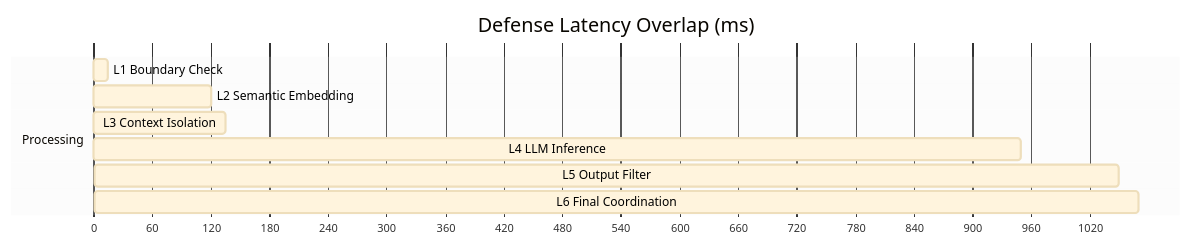
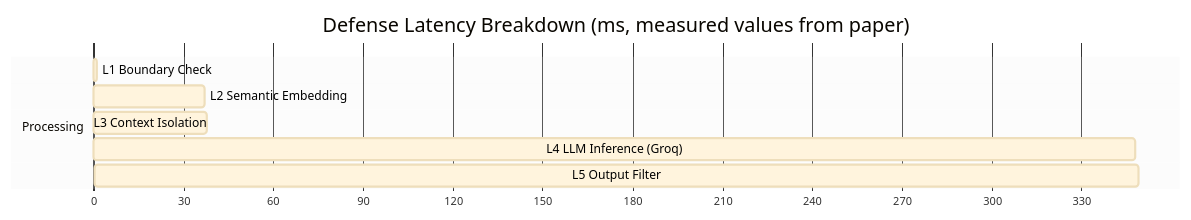
The diagram in DOCS/performance.md (ArindamTripathi619/prompt-injection-experiments), drawn with Mermaid before and after one commit. The commit also changed other lines of this file and 25 other files, not shown here.

````diff
--- a/DOCS/performance.md
+++ b/DOCS/performance.md
@@ -9,15 +9,14 @@
 ```mermaid
 %%{init: {'theme': 'base', 'themeVariables': { 'primaryTextColor': '#000', 'sectionBkgColor': '#eee' }}}%%
 gantt
-    title Defense Latency Overlap (ms)
+    title Defense Latency Breakdown (ms, measured values from paper)
     dateFormat  X
     axisFormat %s
     
     section Processing
-    L1 Boundary Check      :0, 15
-    L2 Semantic Embedding  :15, 120
-    L3 Context Isolation   :120, 135
-    L4 LLM Inference       :135, 950
-    L5 Output Filter       :950, 1050
-    L6 Final Coordination  :1050, 1070
+    L1 Boundary Check      :0, 1
+    L2 Semantic Embedding  :1, 37
+    L3 Context Isolation   :37, 38
+    L4 LLM Inference (Groq):38, 348
+    L5 Output Filter       :348, 349
 ```
````
